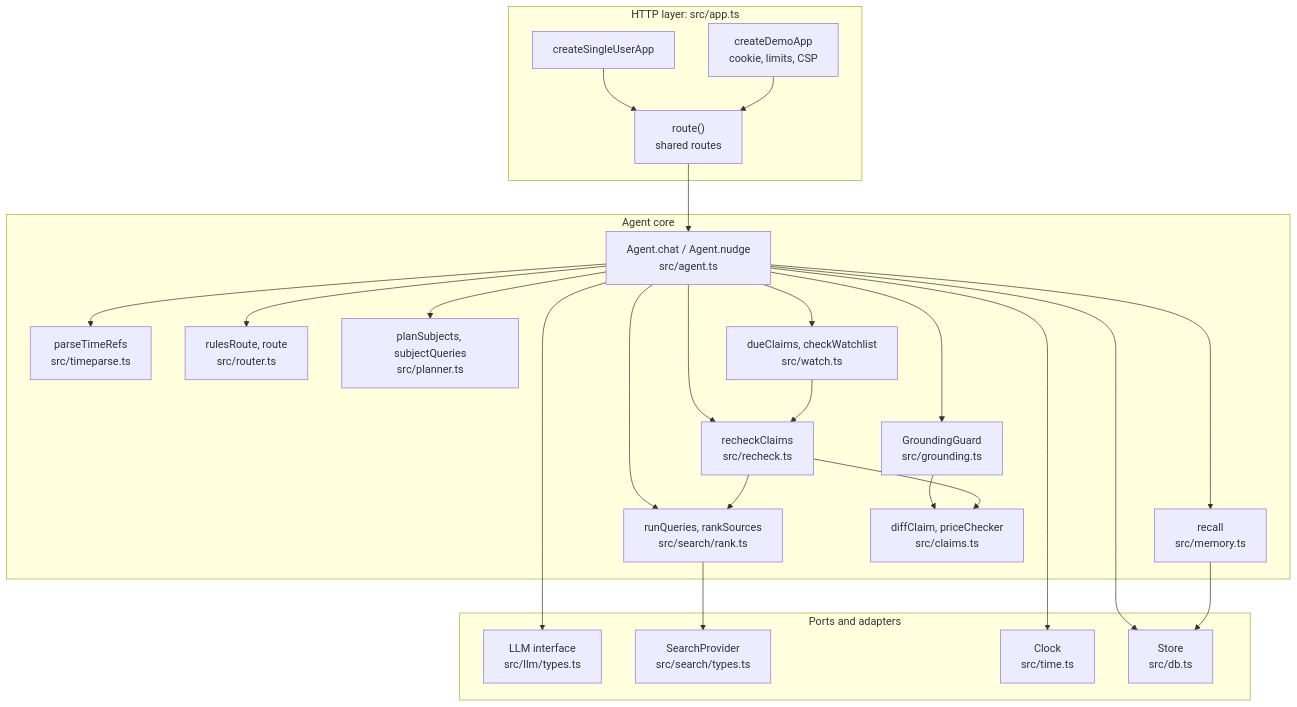
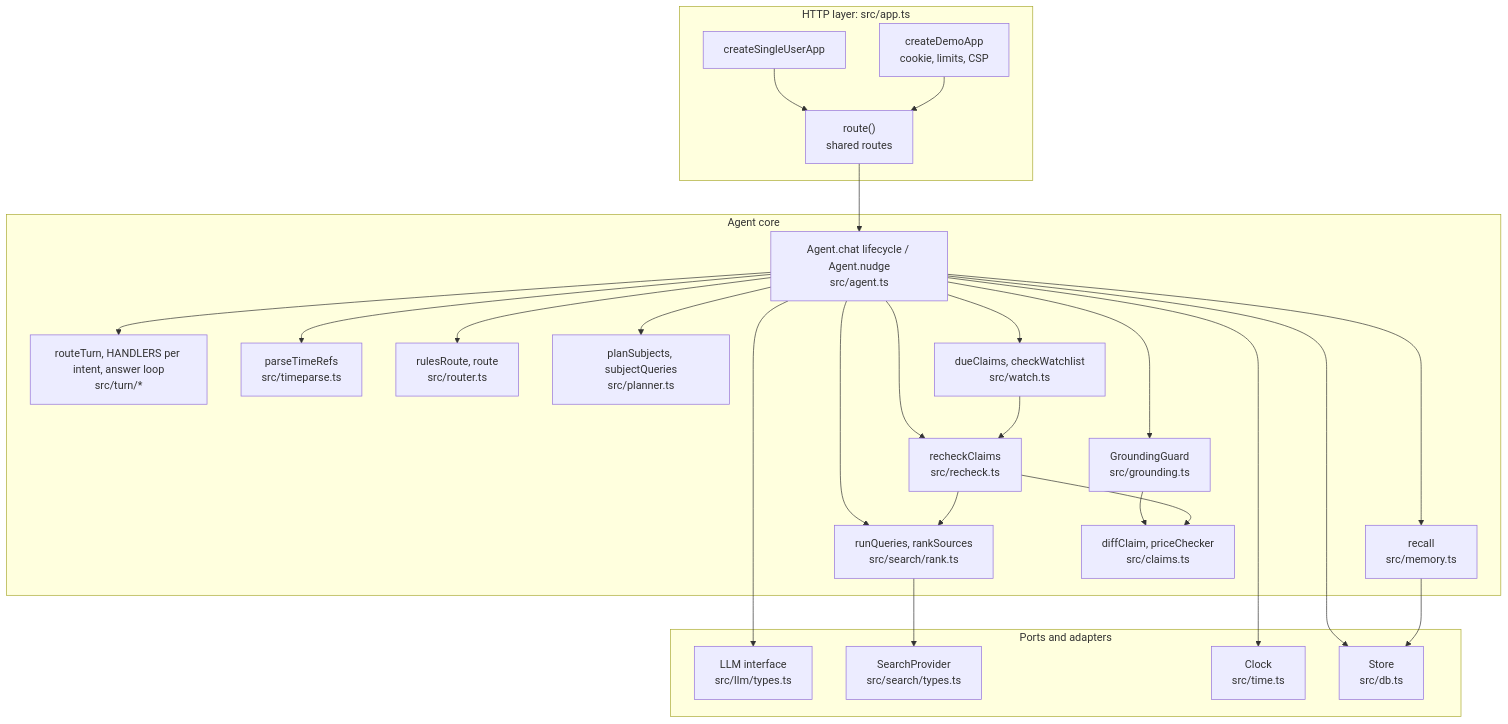
One commit to AVPthegreat/minimi-bot changed the second of 7 diagrams in docs/HLD.md. Above: the diagram before and after it, drawn with Mermaid. The commit also changed other lines of this file and 1 other file, not shown here.

Commit message:
Docs: HLD/LLD describe the turn lifecycle, per-intent handlers and the bounded agent loop

````diff
--- a/docs/HLD.md
+++ b/docs/HLD.md
@@ -104,46 +104,48 @@
 ```mermaid
 flowchart TB
   subgraph HTTP["HTTP layer: src/app.ts"]
     R["route()<br/>shared routes"]
     SU["createSingleUserApp"]
     DM["createDemoApp<br/>cookie, limits, CSP"]
   end
   subgraph CORE["Agent core"]
-    A["Agent.chat / Agent.nudge<br/>src/agent.ts"]
+    A["Agent.chat lifecycle / Agent.nudge<br/>src/agent.ts"]
+    H["routeTurn, HANDLERS per intent, answer loop<br/>src/turn/*"]
     TP["parseTimeRefs<br/>src/timeparse.ts"]
     RT["rulesRoute, route<br/>src/router.ts"]
     PL["planSubjects, subjectQueries<br/>src/planner.ts"]
     RK["runQueries, rankSources<br/>src/search/rank.ts"]
     MEM["recall<br/>src/memory.ts"]
     RC["recheckClaims<br/>src/recheck.ts"]
     CL["diffClaim, priceChecker<br/>src/claims.ts"]
     GG["GroundingGuard<br/>src/grounding.ts"]
     WT["dueClaims, checkWatchlist<br/>src/watch.ts"]
   end
   subgraph PORTS["Ports and adapters"]
     LLM["LLM interface<br/>src/llm/types.ts"]
     SP["SearchProvider<br/>src/search/types.ts"]
     CK["Clock<br/>src/time.ts"]
     ST["Store<br/>src/db.ts"]
   end
   R --> A
+  A --> H
   SU --> R
   DM --> R
   A --> TP
   A --> RT
   A --> PL
   A --> RK
   A --> MEM
   A --> RC
   A --> GG
   A --> WT
   GG --> CL
   RC --> CL
   RC --> RK
   WT --> RC
   A --> LLM
   RK --> SP
   A --> CK
   A --> ST
   MEM --> ST
 ```
````
